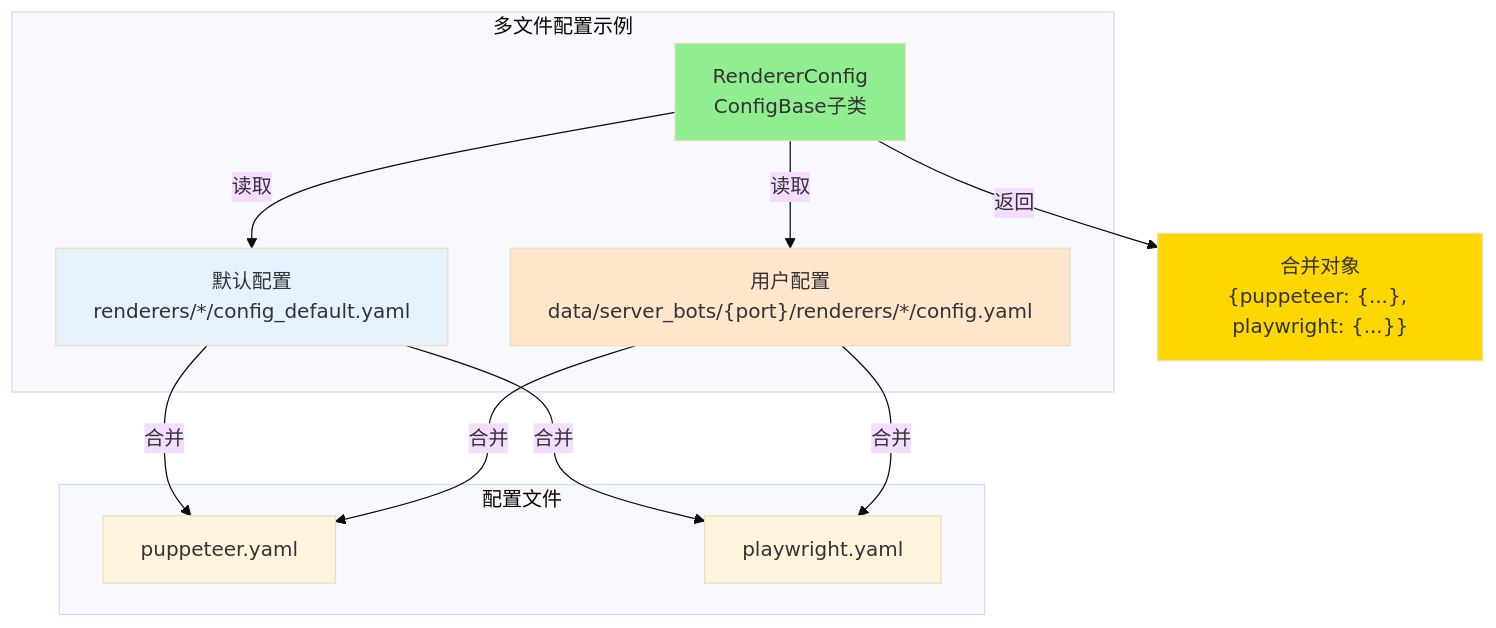
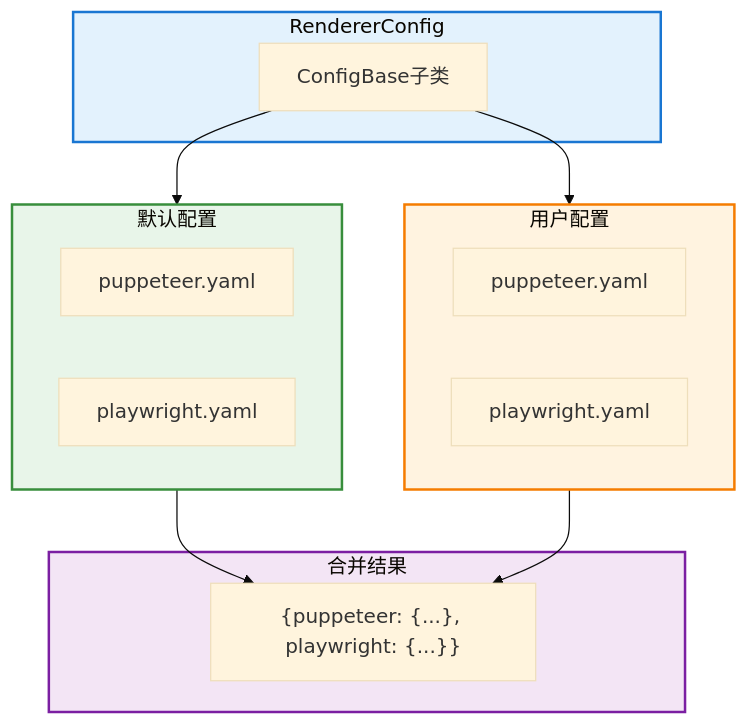
Before and after one commit to sunflowermm/XRK-AGT: the second of 3 diagrams in docs/config-base.md, drawn with Mermaid (base theme). The commit also changed other lines of this file and 19 other files, not shown here.

````diff
--- a/docs/config-base.md
+++ b/docs/config-base.md
@@ -131,26 +133,30 @@
 ```mermaid
 flowchart TB
-    subgraph MultiFile["多文件配置示例"]
-        Config["RendererConfig<br/>ConfigBase子类"]
-        Default["默认配置<br/>renderers/*/config_default.yaml"]
-        User["用户配置<br/>data/server_bots/{port}/renderers/*/config.yaml"]
+    subgraph Config["RendererConfig"]
+        Base["ConfigBase子类"]
     end
     
-    subgraph Files["配置文件"]
-        Puppeteer["puppeteer.yaml"]
-        Playwright["playwright.yaml"]
+    subgraph Default["默认配置"]
+        DefPuppeteer["puppeteer.yaml"]
+        DefPlaywright["playwright.yaml"]
     end
     
-    Config -->|读取| Default
-    Config -->|读取| User
-    Default -->|合并| Puppeteer
-    User -->|合并| Puppeteer
-    Default -->|合并| Playwright
-    User -->|合并| Playwright
-    Config -->|返回| Result["合并对象<br/>{puppeteer: {...}, playwright: {...}}"]
+    subgraph User["用户配置"]
+        UserPuppeteer["puppeteer.yaml"]
+        UserPlaywright["playwright.yaml"]
+    end
     
-    style Config fill:#90EE90
-    style Default fill:#E6F3FF
-    style User fill:#FFE6CC
-    style Result fill:#FFD700
+    subgraph Result["合并结果"]
+        Merged["{puppeteer: {...}, playwright: {...}}"]
+    end
+    
+    Base --> Default
+    Base --> User
+    Default --> Merged
+    User --> Merged
+    
+    style Config fill:#E3F2FD,stroke:#1976D2,stroke-width:2px
+    style Default fill:#E8F5E9,stroke:#388E3C,stroke-width:2px
+    style User fill:#FFF3E0,stroke:#F57C00,stroke-width:2px
+    style Result fill:#F3E5F5,stroke:#7B1FA2,stroke-width:2px
 ```
````
